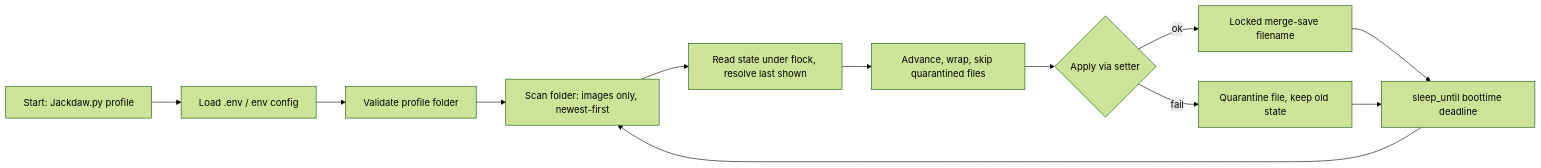
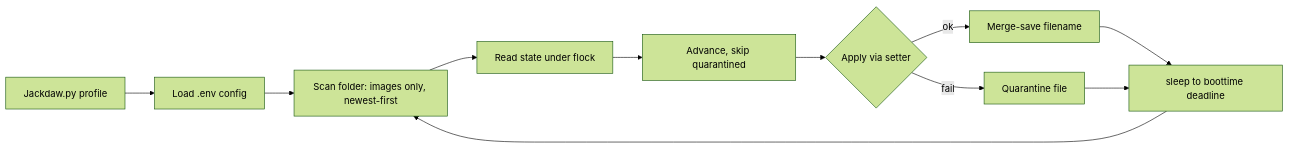
One commit to FirozChauhan/Jackdow changed the diagram in README.md. Above: the diagram before and after it, drawn with Mermaid (forest theme). The commit also changed other lines of this file, not shown here.

Commit message:
Trim README: cut duplicated config/env sections and prose

````diff
--- a/README.md
+++ b/README.md
@@ -135,13 +90,8 @@
 ```mermaid
 flowchart LR
-    A[Start: Jackdaw.py profile] --> B[Load .env / env config]
-    B --> C[Validate profile folder]
-    C --> D[Scan folder: images only, newest-first]
-    D --> E[Read state under flock, resolve last shown]
-    E --> F[Advance, wrap, skip quarantined files]
-    F --> G{Apply via setter}
-    G -->|ok| H[Locked merge-save filename]
-    G -->|fail| I[Quarantine file, keep old state]
-    H --> J[sleep_until boottime deadline] --> D
-    I --> J
+    A[Jackdaw.py profile] --> B[Load .env config] --> C[Scan folder: images only, newest-first]
+    C --> D[Read state under flock] --> E[Advance, skip quarantined]
+    E --> F{Apply via setter}
+    F -->|ok| G[Merge-save filename] --> H[sleep to boottime deadline] --> C
+    F -->|fail| I[Quarantine file] --> H
 ```
````
